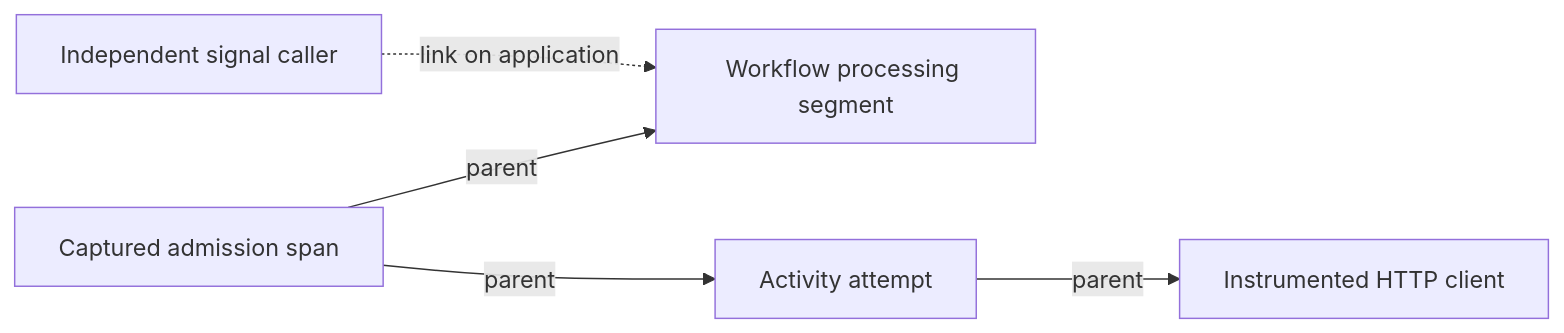
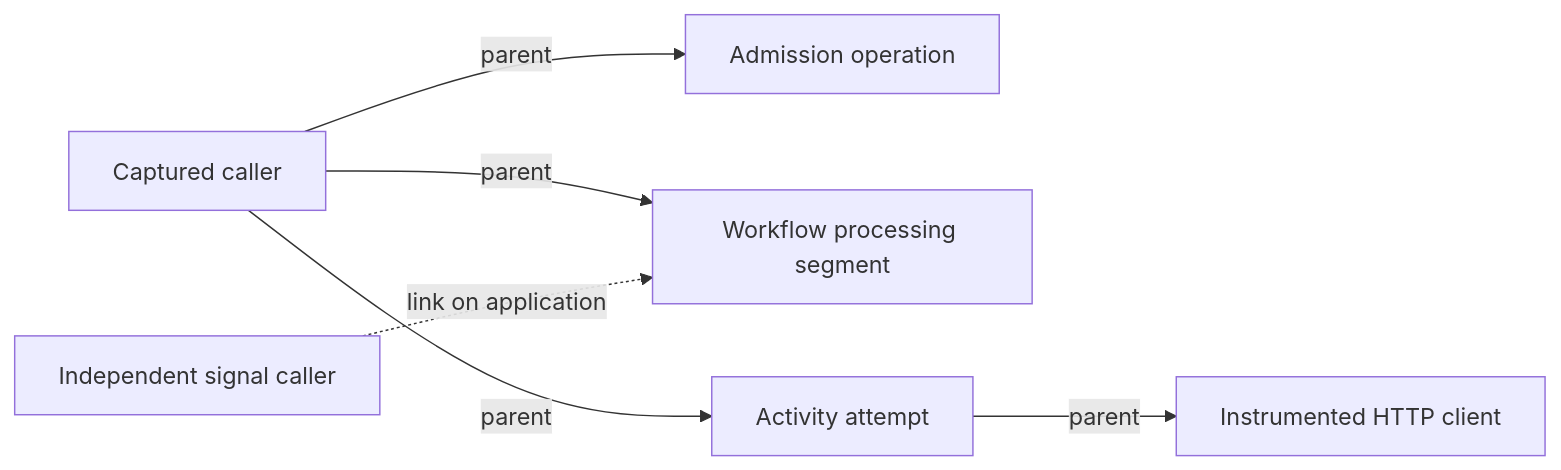
The diagram in docs/embedded-tracing.md (durable-workflow/workflow), drawn with Mermaid before and after one commit. The commit also changed other lines of this file and 5 other files, not shown here.

````diff
--- a/docs/embedded-tracing.md
+++ b/docs/embedded-tracing.md
@@ -164,7 +172,8 @@
 ```mermaid
 flowchart LR
-    A[Captured admission span] -->|parent| W[Workflow processing segment]
+    A[Captured caller] -->|parent| D[Admission operation]
+    A -->|parent| W[Workflow processing segment]
     A -->|parent| X[Activity attempt]
     B[Independent signal caller] -.->|link on application| W
     X -->|parent| H[Instrumented HTTP client]
 ```
````
